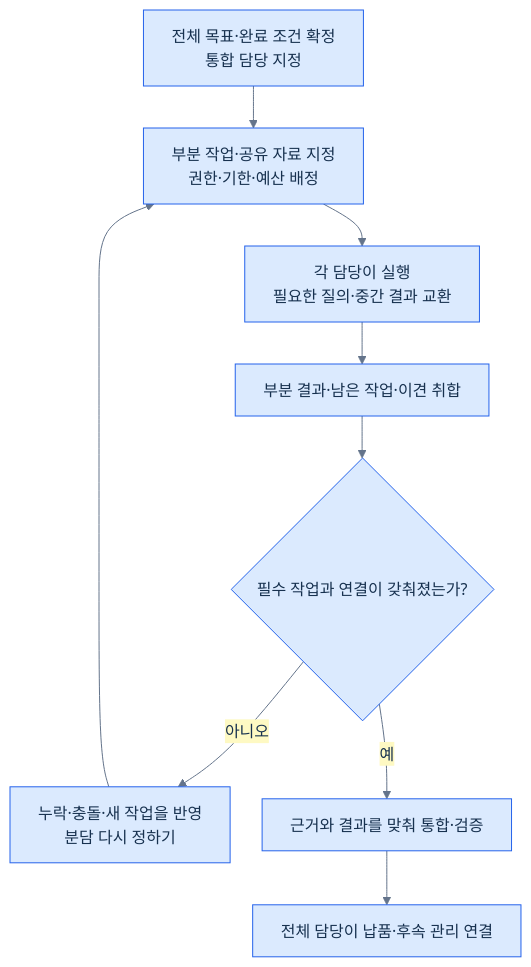
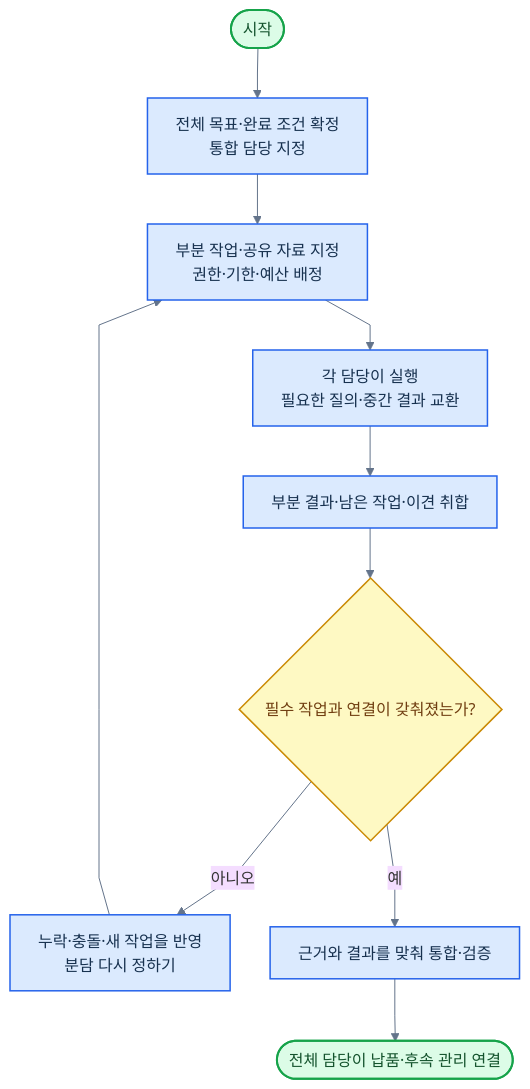
Before and after one commit to harisbaguette/expert: diagram 11 of 17 in 전문가 에이전트 정의 2.md, drawn with Mermaid. The commit also changed other lines of this file, not shown here.

````diff
--- a/전문가 에이전트 정의 2.md
+++ b/전문가 에이전트 정의 2.md
@@ -340,12 +467,22 @@
 ```mermaid
-%%{init: {"theme": "base", "themeVariables": {"fontFamily": "Arial, sans-serif", "fontSize": "16px", "primaryColor": "#dbeafe", "primaryTextColor": "#17314f", "primaryBorderColor": "#2563eb", "lineColor": "#64748b", "secondaryColor": "#fef9c3", "tertiaryColor": "#f8fafc"}, "flowchart": {"curve": "basis", "nodeSpacing": 32, "rankSpacing": 42, "padding": 14, "wrappingWidth": 240, "useMaxWidth": true}}}%%
+%%{init: {"theme":"base","themeVariables":{"fontFamily":"Arial, sans-serif","fontSize":"16px","lineColor":"#64748b"},"flowchart":{"curve":"linear","nodeSpacing":40,"rankSpacing":50,"padding":14,"wrappingWidth":240,"useMaxWidth":true}}}%%
 flowchart TB
+    S(["시작"])
     A["전체 목표·완료 조건 확정<br/>통합 담당 지정"]
-    A --> B["부분 작업·공유 자료 지정<br/>권한·기한·예산 배정"]
-    B --> C["각 담당이 실행<br/>필요한 질의·중간 결과 교환"]
-    C --> D["부분 결과·남은 작업·이견 취합"]
-    D --> E{"필수 작업과 연결이 갖춰졌는가?"}
-    E -->|아니오| F["누락·충돌·새 작업을 반영<br/>분담 다시 정하기"] --> B
-    E -->|예| G["근거와 결과를 맞춰 통합·검증"]
-    G --> H["전체 담당이 납품·후속 관리 연결"]
+    B["부분 작업·공유 자료 지정<br/>권한·기한·예산 배정"]
+    C["각 담당이 실행<br/>필요한 질의·중간 결과 교환"]
+    D["부분 결과·남은 작업·이견 취합"]
+    E{"필수 작업과 연결이 갖춰졌는가?"}
+    F["누락·충돌·새 작업을 반영<br/>분담 다시 정하기"]
+    G["근거와 결과를 맞춰 통합·검증"]
+    H(["전체 담당이 납품·후속 관리 연결"])
+    S --> A --> B --> C --> D --> E
+    E -->|아니오| F --> B
+    E -->|예| G --> H
+    classDef default fill:#dbeafe,stroke:#2563eb,stroke-width:1.5px,color:#17314f
+    classDef term fill:#dcfce7,stroke:#16a34a,stroke-width:2px,color:#14532d
+    classDef stop fill:#fee2e2,stroke:#dc2626,stroke-width:2px,color:#7f1d1d
+    classDef dec fill:#fef9c3,stroke:#ca8a04,stroke-width:1.5px,color:#713f12
+    class S,H term
+    class E dec
 ```
````
